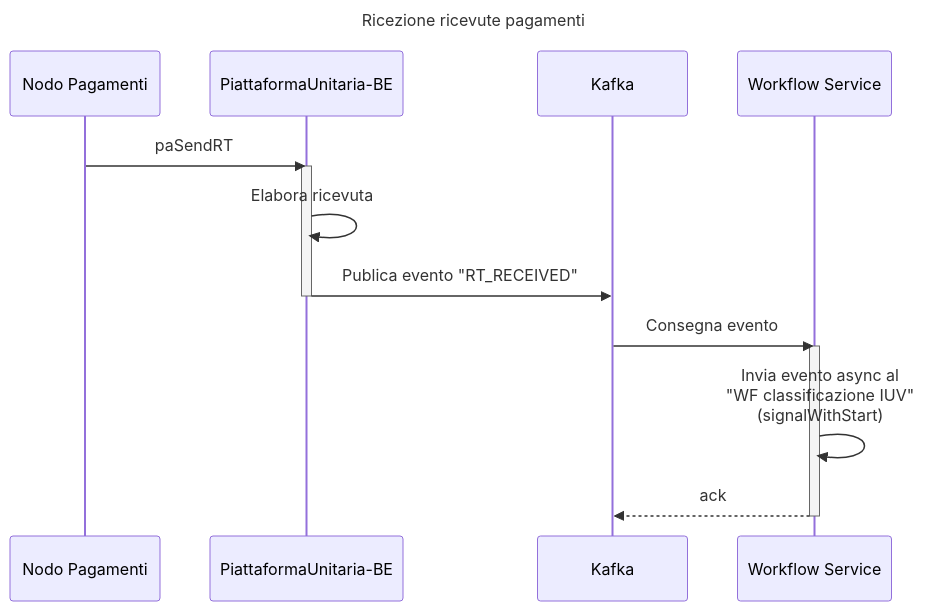
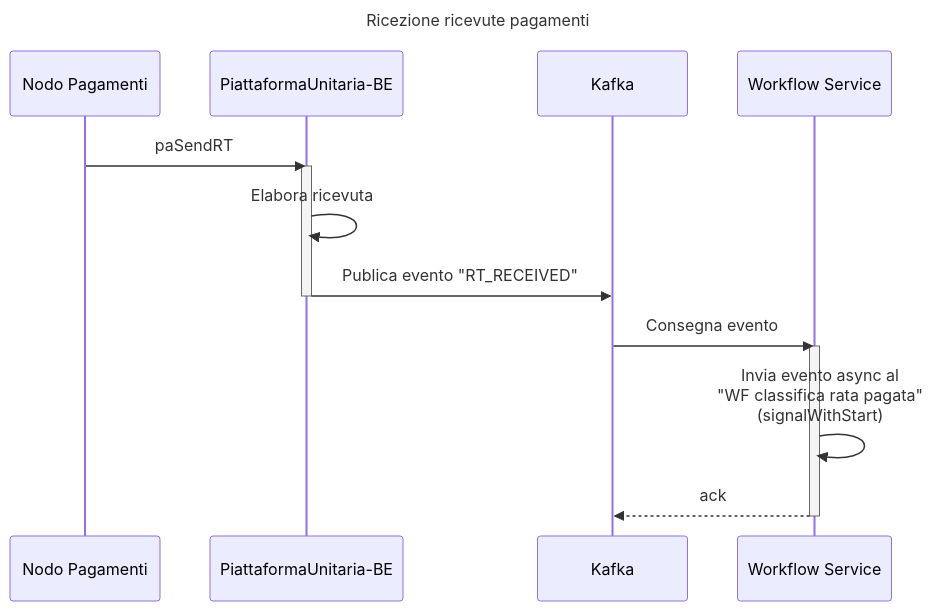
One commit to pagopa/p4pa-doc changed the diagram in design/workflow/classificazioneIncassi/seq_ricevutaPagamento.mmd. Above: the diagram before and after it, drawn with Mermaid. The commit also changed 18 other files, not shown here.

```diff
--- a/design/workflow/classificazioneIncassi/seq_ricevutaPagamento.mmd
+++ b/design/workflow/classificazioneIncassi/seq_ricevutaPagamento.mmd
@@ -1,23 +1,23 @@
 ---
 title: Ricezione ricevute pagamenti
 ---
 sequenceDiagram
     participant NODO as Nodo Pagamenti
     participant PU-BE as PiattaformaUnitaria-BE
     participant KAFKA as Kafka
     participant WF as Workflow Service
 
     NODO ->> PU-BE: paSendRT
 
     activate PU-BE
         PU-BE ->> PU-BE: Elabora ricevuta
         PU-BE ->> KAFKA: Publica evento "RT_RECEIVED"
     deactivate PU-BE
 
     KAFKA ->> WF: Consegna evento
 
     activate WF
-        WF ->>WF: Invia evento async al<BR />"WF classificazione IUV"<BR /> (signalWithStart)
+        WF ->>WF: Invia evento async al<BR />"WF classifica rata pagata"<BR /> (signalWithStart)
 
         WF -->> KAFKA: ack
     deactivate WF
```
